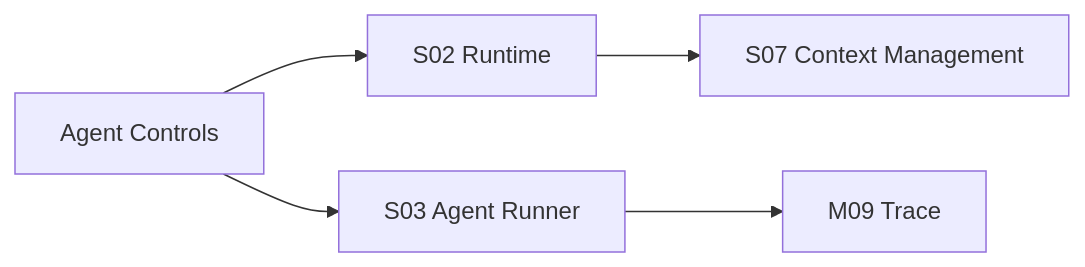
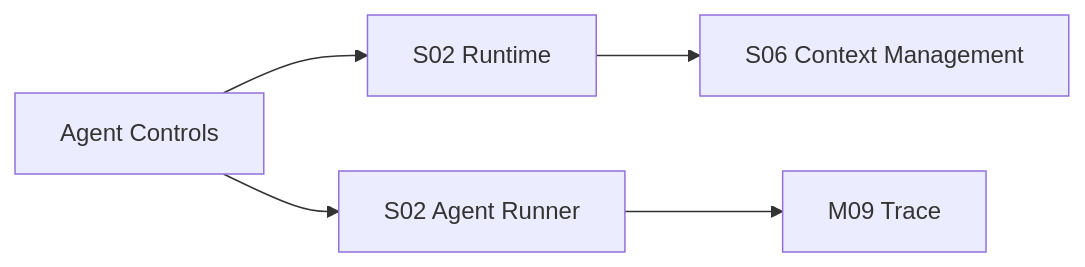
Before and after one commit to jinhuang712/open-novel: the diagram in spec/M13-agent-team-controls.md, drawn with Mermaid. The commit also changed other lines of this file and 79 other files, not shown here.

````diff
--- a/spec/M13-agent-team-controls.md
+++ b/spec/M13-agent-team-controls.md
@@ -39,7 +39,7 @@
 ```mermaid
 flowchart LR
   Settings[Agent Controls] --> Runtime[S02 Runtime]
-  Settings --> Agent[S03 Agent Runner]
+  Settings --> Agent[S02 Agent Runner]
   Agent --> Trace[M09 Trace]
-  Runtime --> Context[S07 Context Management]
+  Runtime --> Context[S06 Context Management]
 ```
````
